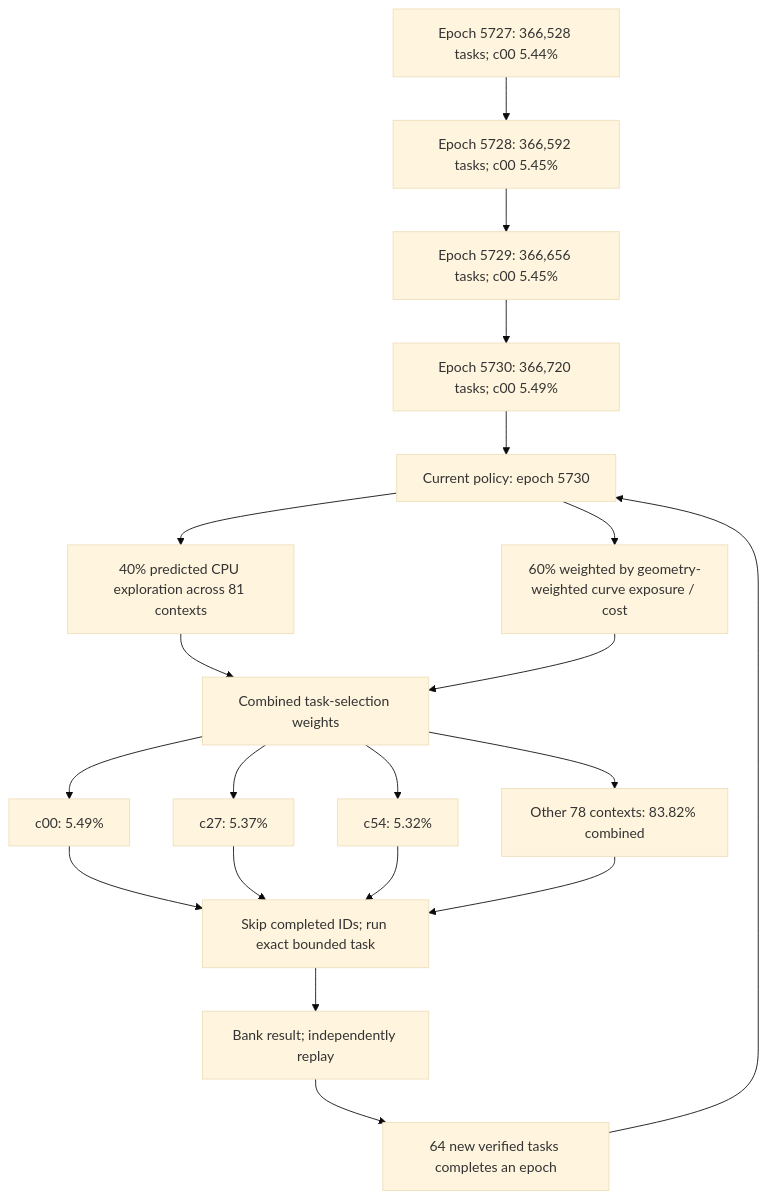
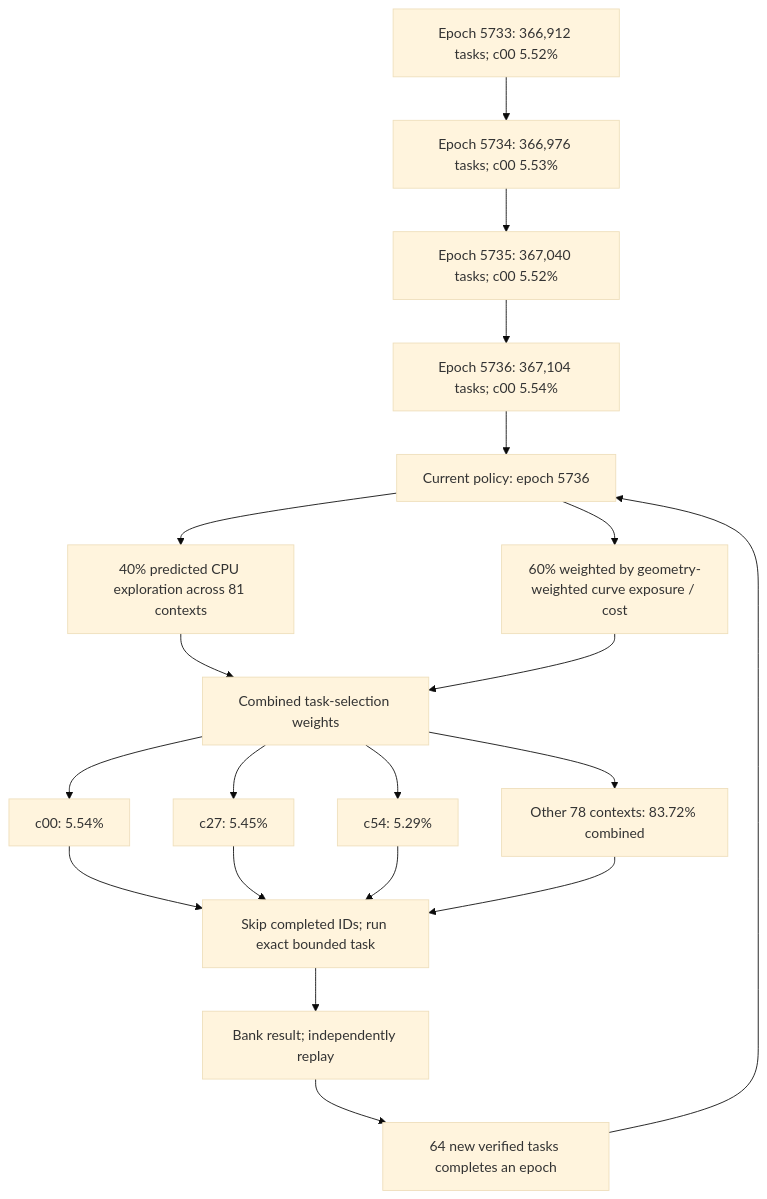
The first of 3 diagrams in README.md (Kuberwastaken/math-gambling), drawn with Mermaid (base theme) before and after one commit. The commit also changed other lines of this file and 1619 other files, not shown here.

````diff
--- a/README.md
+++ b/README.md
@@ -60,27 +60,27 @@
 ```mermaid
 flowchart TD
-    H0["Epoch 5727: 366,528 tasks; c00 5.44%"]
-    H1["Epoch 5728: 366,592 tasks; c00 5.45%"]
+    H0["Epoch 5733: 366,912 tasks; c00 5.52%"]
+    H1["Epoch 5734: 366,976 tasks; c00 5.53%"]
     H0 --> H1
-    H2["Epoch 5729: 366,656 tasks; c00 5.45%"]
+    H2["Epoch 5735: 367,040 tasks; c00 5.52%"]
     H1 --> H2
-    H3["Epoch 5730: 366,720 tasks; c00 5.49%"]
+    H3["Epoch 5736: 367,104 tasks; c00 5.54%"]
     H2 --> H3
-    Policy["Current policy: epoch 5730"]
+    Policy["Current policy: epoch 5736"]
     H3 --> Policy
     Policy --> Explore["40% predicted CPU exploration across 81 contexts"]
     Policy --> Cost["60% weighted by geometry-weighted curve exposure / cost"]
     Explore --> Mix["Combined task-selection weights"]
     Cost --> Mix
-    Mix --> C0["c00: 5.49%"]
-    Mix --> C1["c27: 5.37%"]
-    Mix --> C2["c54: 5.32%"]
-    Mix --> Rest["Other 78 contexts: 83.82% combined"]
+    Mix --> C0["c00: 5.54%"]
+    Mix --> C1["c27: 5.45%"]
+    Mix --> C2["c54: 5.29%"]
+    Mix --> Rest["Other 78 contexts: 83.72% combined"]
     C0 --> Check["Skip completed IDs; run exact bounded task"]
     C1 --> Check
     C2 --> Check
     Rest --> Check
     Check --> Replay["Bank result; independently replay"]
     Replay --> Gate["64 new verified tasks completes an epoch"]
     Gate --> Policy
 ```
````
